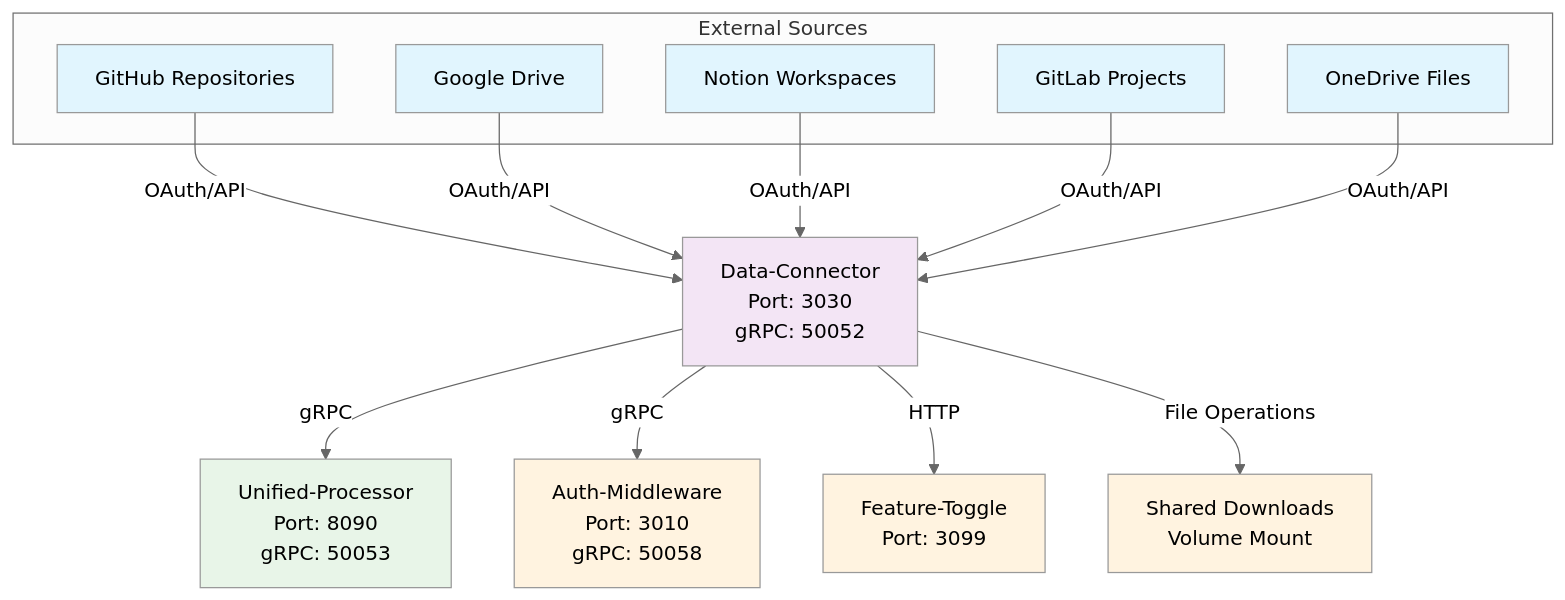
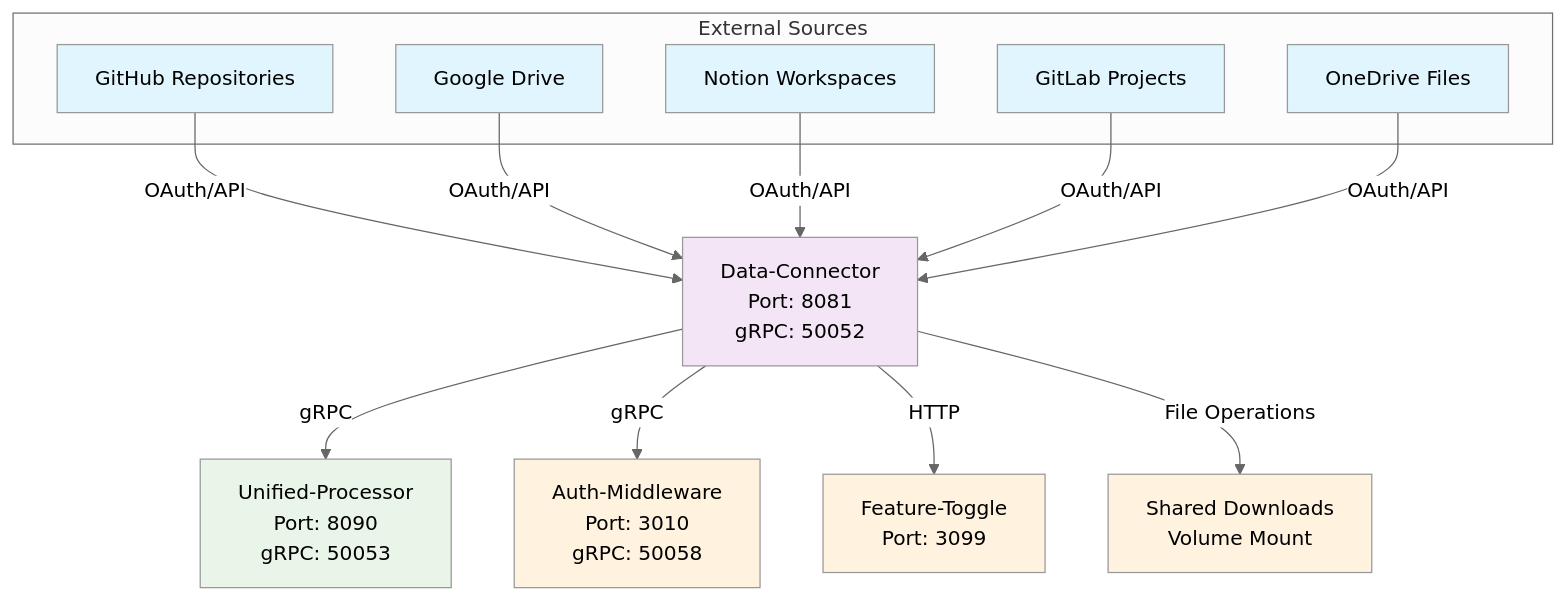
Before and after one commit to KogSector/doc-data-con: the first of 2 diagrams in docs/index.md, drawn with Mermaid (neutral theme). The commit also changed other lines of this file and 4 other files, not shown here.

````diff
--- a/docs/index.md
+++ b/docs/index.md
@@ -239,48 +239,48 @@
 ```mermaid
 graph TD
     %% External Data Sources
     subgraph "External Sources"
         GitHub[GitHub Repositories]
         GoogleDrive[Google Drive]
         Notion[Notion Workspaces]
         GitLab[GitLab Projects]
         OneDrive[OneDrive Files]
     end
     
     %% Data Connector Layer
-    DC[Data-Connector<br/>Port: 3030<br/>gRPC: 50052]
+    DC[Data-Connector<br/>Port: 8081<br/>gRPC: 50052]
     
     %% Processing Layer
     UP[Unified-Processor<br/>Port: 8090<br/>gRPC: 50053]
     
     %% Authentication
     AM[Auth-Middleware<br/>Port: 3010<br/>gRPC: 50058]
     
     %% Feature Toggle
     FT[Feature-Toggle<br/>Port: 3099]
     
     %% Storage
     Downloads[Shared Downloads<br/>Volume Mount]
     
     %% Connections
     GitHub -->|OAuth/API| DC
     GoogleDrive -->|OAuth/API| DC
     Notion -->|OAuth/API| DC
     GitLab -->|OAuth/API| DC
     OneDrive -->|OAuth/API| DC
     
     DC -->|gRPC| UP
     DC -->|gRPC| AM
     DC -->|HTTP| FT
     DC -->|File Operations| Downloads
     
     classDef external fill:#e1f5fe
     classDef connector fill:#f3e5f5
     classDef core fill:#e8f5e8
     classDef support fill:#fff3e0
     
     class GitHub,GoogleDrive,Notion,GitLab,OneDrive external
     class DC connector
     class UP core
     class AM,FT,Downloads support
 ```
````
